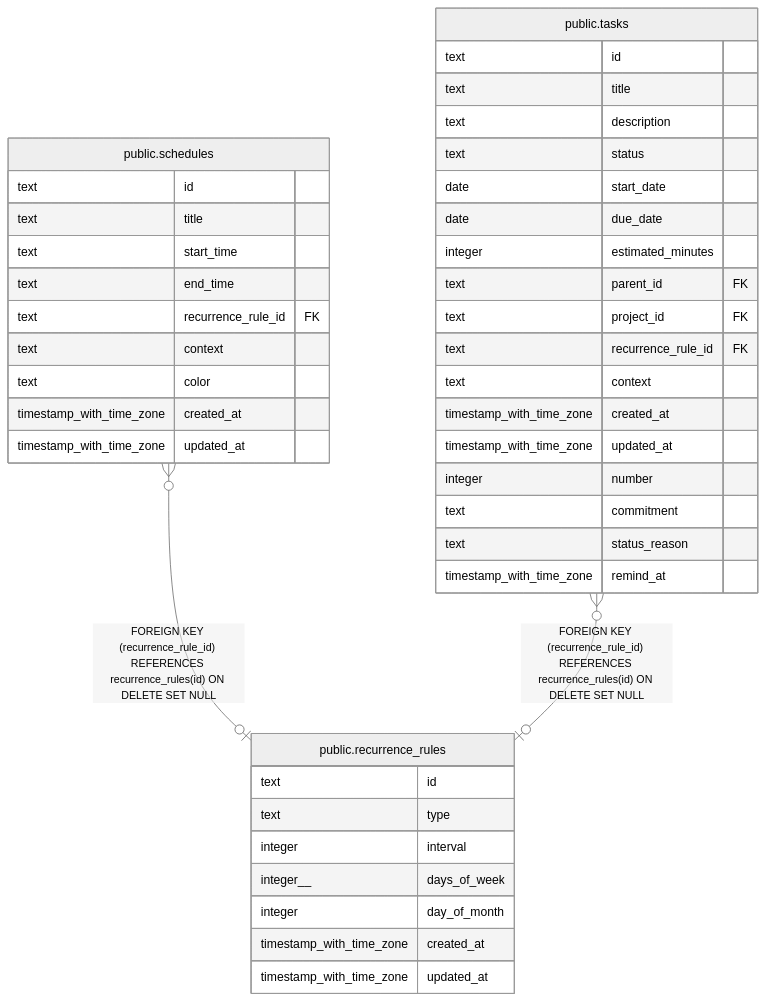
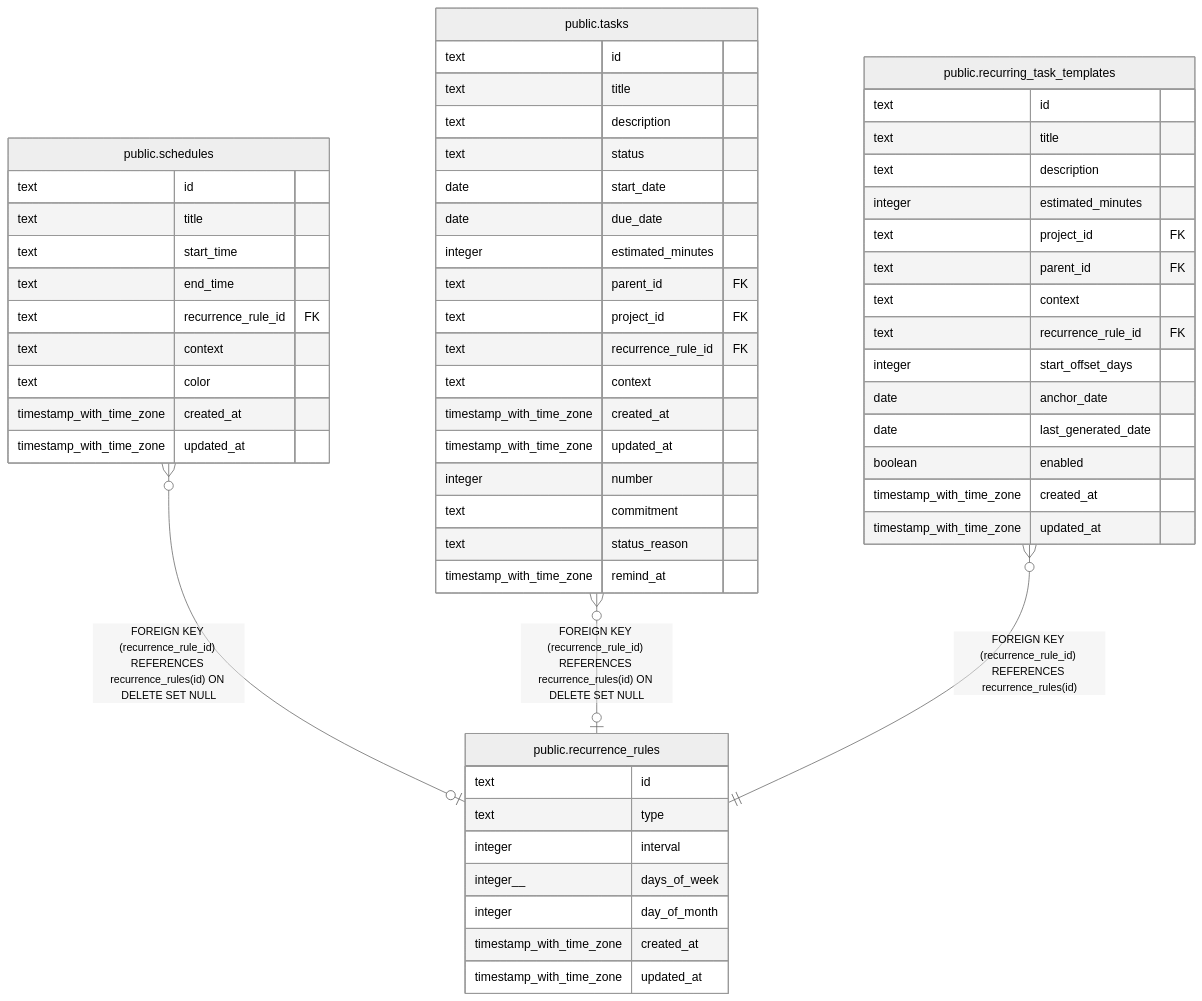
One commit to fohte/tq changed the diagram in docs/db/public.recurrence_rules.md. Above: the diagram before and after it, drawn with Mermaid (neutral theme). The commit also changed other lines of this file and 18 other files, not shown here.

````diff
--- a/docs/db/public.recurrence_rules.md
+++ b/docs/db/public.recurrence_rules.md
@@ -29,46 +29,63 @@
 ```mermaid
 erDiagram
 
 "public.schedules" }o--o| "public.recurrence_rules" : "FOREIGN KEY (recurrence_rule_id) REFERENCES recurrence_rules(id) ON DELETE SET NULL"
 "public.tasks" }o--o| "public.recurrence_rules" : "FOREIGN KEY (recurrence_rule_id) REFERENCES recurrence_rules(id) ON DELETE SET NULL"
+"public.recurring_task_templates" }o--|| "public.recurrence_rules" : "FOREIGN KEY (recurrence_rule_id) REFERENCES recurrence_rules(id)"
 
 "public.recurrence_rules" {
   text id
   text type
   integer interval
   integer__ days_of_week
   integer day_of_month
   timestamp_with_time_zone created_at
   timestamp_with_time_zone updated_at
 }
 "public.schedules" {
   text id
   text title
   text start_time
   text end_time
   text recurrence_rule_id FK
   text context
   text color
   timestamp_with_time_zone created_at
   timestamp_with_time_zone updated_at
 }
 "public.tasks" {
   text id
   text title
   text description
   text status
   date start_date
   date due_date
   integer estimated_minutes
   text parent_id FK
   text project_id FK
   text recurrence_rule_id FK
   text context
   timestamp_with_time_zone created_at
   timestamp_with_time_zone updated_at
   integer number
   text commitment
   text status_reason
   timestamp_with_time_zone remind_at
 }
+"public.recurring_task_templates" {
+  text id
+  text title
+  text description
+  integer estimated_minutes
+  text project_id FK
+  text parent_id FK
+  text context
+  text recurrence_rule_id FK
+  integer start_offset_days
+  date anchor_date
+  date last_generated_date
+  boolean enabled
+  timestamp_with_time_zone created_at
+  timestamp_with_time_zone updated_at
+}
 ```
````
